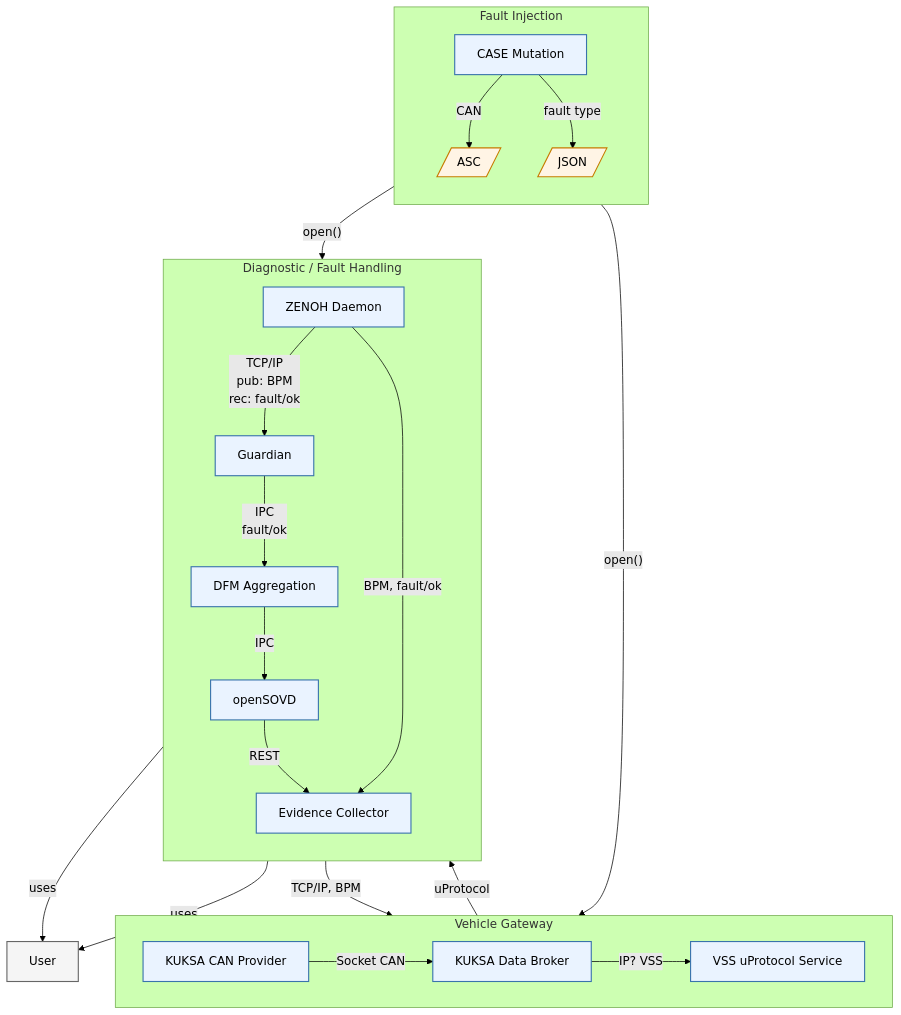
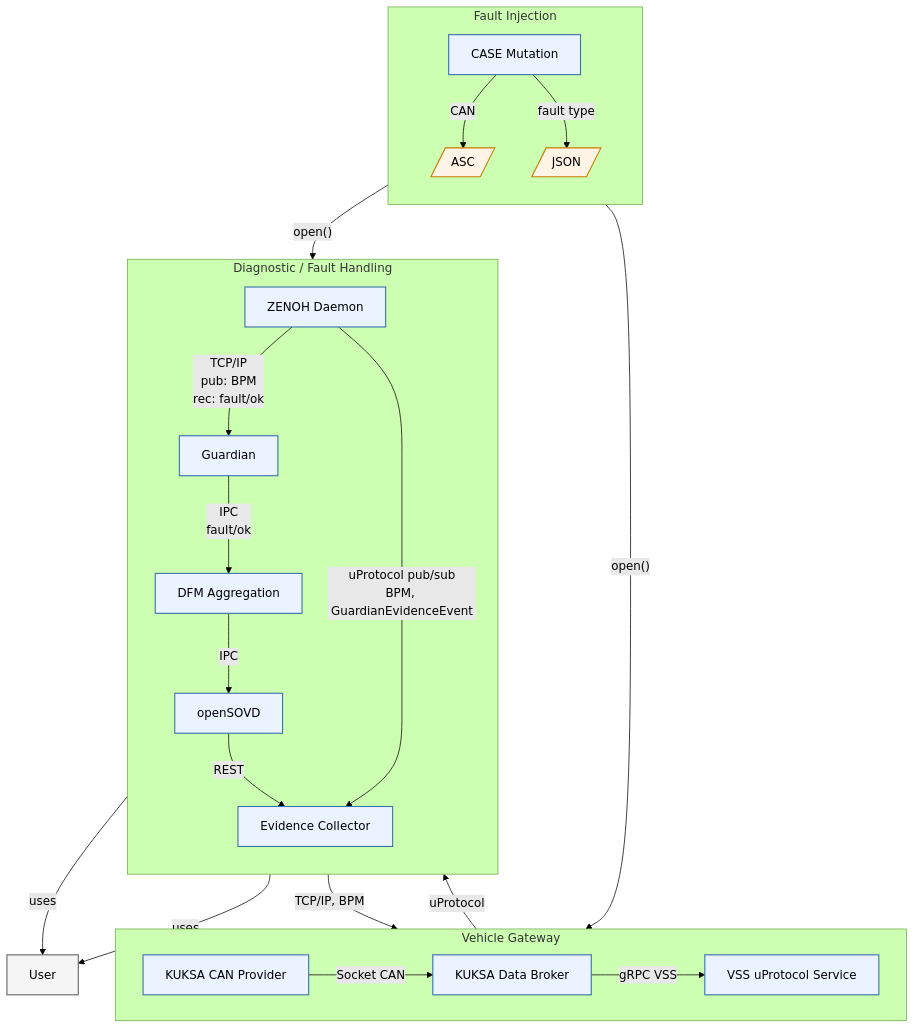
Before and after one commit to Eclipse-SDV-Hackathon-Chapter-Four/Weeping-Angel: the diagram in PLAN.md, drawn with Mermaid (forest theme). The commit also changed 1 other file, not shown here.

Commit message:
Update PLAN + comm model

```diff
--- a/PLAN.md
+++ b/PLAN.md
@@ -33,7 +33,7 @@
         VSS["VSS uProtocol Service"]
 
         KUKSA_CAN -->|"Socket CAN"| KUKSA_DB
-        KUKSA_DB -->|"IP? VSS"| VSS
+        KUKSA_DB -->|"gRPC VSS"| VSS
     end
 
 
@@ -67,7 +67,7 @@
 
     ZENOH -->|"TCP/IP, BPM"| VSS
 
-    ZENOH -->|"BPM, fault/ok"| EVIDENCE
+    ZENOH -->|"uProtocol pub/sub<br/>BPM, GuardianEvidenceEvent"| EVIDENCE
 
     JSON -->|"open()"| EVIDENCE
 
```
